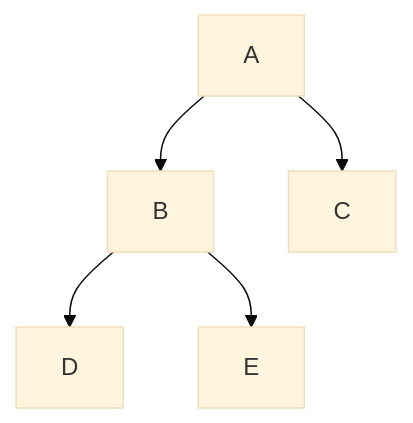
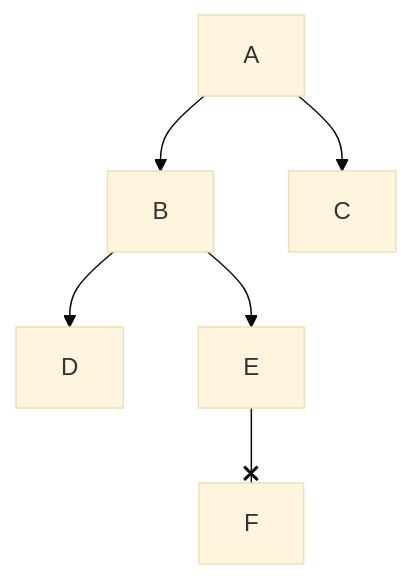
One commit to hyqc/gbooks changed diagram 30 of 33 in 工具/mermaid.md. Above: the diagram before and after it, drawn with Mermaid (base theme). The commit also changed other lines of this file, not shown here.

Commit message:
更新工具画图

````diff
--- a/工具/mermaid.md
+++ b/工具/mermaid.md
@@ -536,7 +556,8 @@
 ```mermaid
 graph TD;
 A-->B;
 A-->C;
 B-->D;
 B-->E;
+E--xF;
 ```
````
